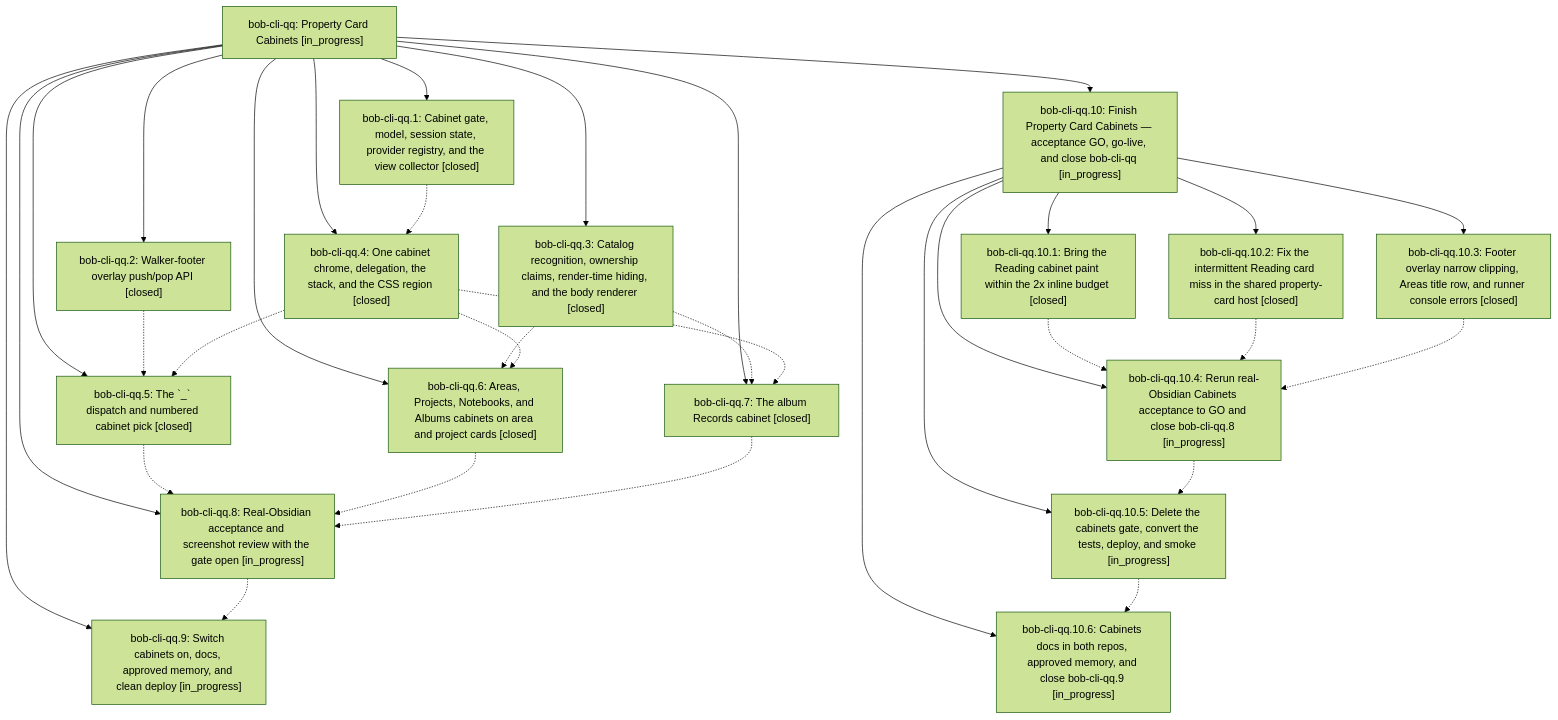
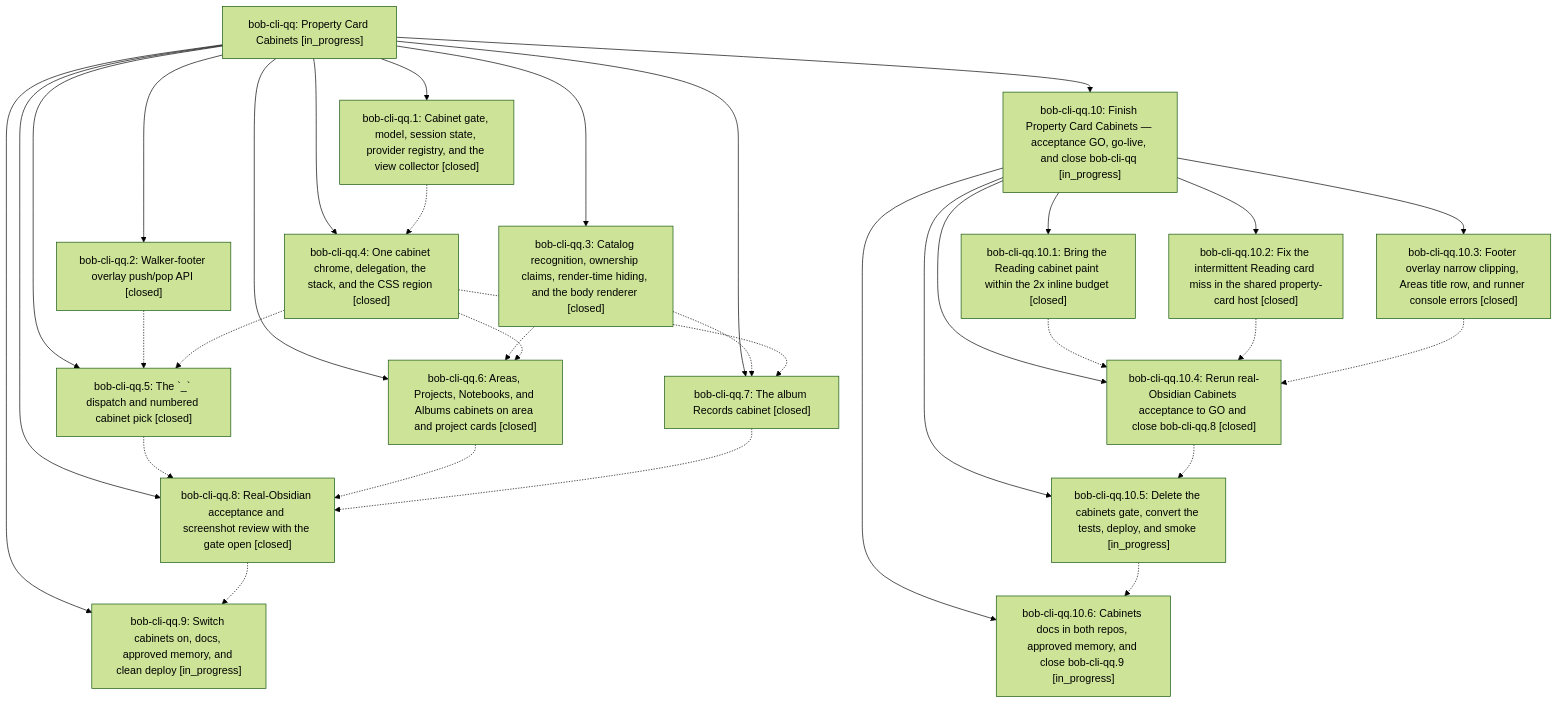
The diagram in pages/bob-cli-qq/README.md (bobs-org/bob-cli--beads), drawn with Mermaid (forest theme) before and after one commit. The commit also changed other lines of this file and 12 other files, not shown here.

First line of the commit message:
chore(beads): sync bead state and pages for bob-cli-qq

````diff
--- a/pages/bob-cli-qq/README.md
+++ b/pages/bob-cli-qq/README.md
@@ -52,52 +52,52 @@
 ```mermaid
 flowchart TD
     n0["bob-cli-qq: Property Card Cabinets [in_progress]"]
     n1["bob-cli-qq.1: Cabinet gate, model, session state, provider registry, and the view collector [closed]"]
     n2["bob-cli-qq.10: Finish Property Card Cabinets — acceptance GO, go-live, and close bob-cli-qq [in_progress]"]
     n3["bob-cli-qq.10.1: Bring the Reading cabinet paint within the 2x inline budget [closed]"]
     n4["bob-cli-qq.10.2: Fix the intermittent Reading card miss in the shared property-card host [closed]"]
     n5["bob-cli-qq.10.3: Footer overlay narrow clipping, Areas title row, and runner console errors [closed]"]
-    n6["bob-cli-qq.10.4: Rerun real-Obsidian Cabinets acceptance to GO and close bob-cli-qq.8 [in_progress]"]
+    n6["bob-cli-qq.10.4: Rerun real-Obsidian Cabinets acceptance to GO and close bob-cli-qq.8 [closed]"]
     n7["bob-cli-qq.10.5: Delete the cabinets gate, convert the tests, deploy, and smoke [in_progress]"]
     n8["bob-cli-qq.10.6: Cabinets docs in both repos, approved memory, and close bob-cli-qq.9 [in_progress]"]
     n9["bob-cli-qq.2: Walker-footer overlay push/pop API [closed]"]
     n10["bob-cli-qq.3: Catalog recognition, ownership claims, render-time hiding, and the body renderer [closed]"]
     n11["bob-cli-qq.4: One cabinet chrome, delegation, the stack, and the CSS region [closed]"]
     n12["bob-cli-qq.5: The `_` dispatch and numbered cabinet pick [closed]"]
     n13["bob-cli-qq.6: Areas, Projects, Notebooks, and Albums cabinets on area and project cards [closed]"]
     n14["bob-cli-qq.7: The album Records cabinet [closed]"]
-    n15["bob-cli-qq.8: Real-Obsidian acceptance and screenshot review with the gate open [in_progress]"]
+    n15["bob-cli-qq.8: Real-Obsidian acceptance and screenshot review with the gate open [closed]"]
     n16["bob-cli-qq.9: Switch cabinets on, docs, approved memory, and clean deploy [in_progress]"]
     n0 --> n1
     n0 --> n2
     n2 --> n3
     n2 --> n4
     n2 --> n5
     n2 --> n6
     n2 --> n7
     n2 --> n8
     n0 --> n9
     n0 --> n10
     n0 --> n11
     n0 --> n12
     n0 --> n13
     n0 --> n14
     n0 --> n15
     n0 --> n16
     n1 -.-> n11
     n3 -.-> n6
     n4 -.-> n6
     n5 -.-> n6
     n6 -.-> n7
     n7 -.-> n8
     n9 -.-> n12
     n10 -.-> n13
     n10 -.-> n14
     n11 -.-> n12
     n11 -.-> n13
     n11 -.-> n14
     n12 -.-> n15
     n13 -.-> n15
     n14 -.-> n15
     n15 -.-> n16
 ```
````
